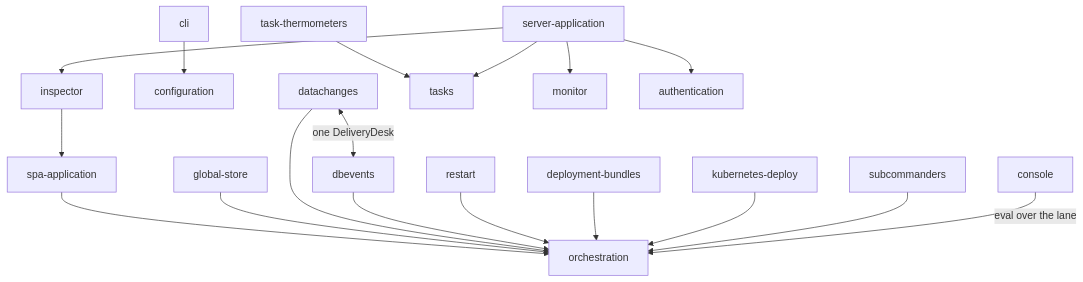
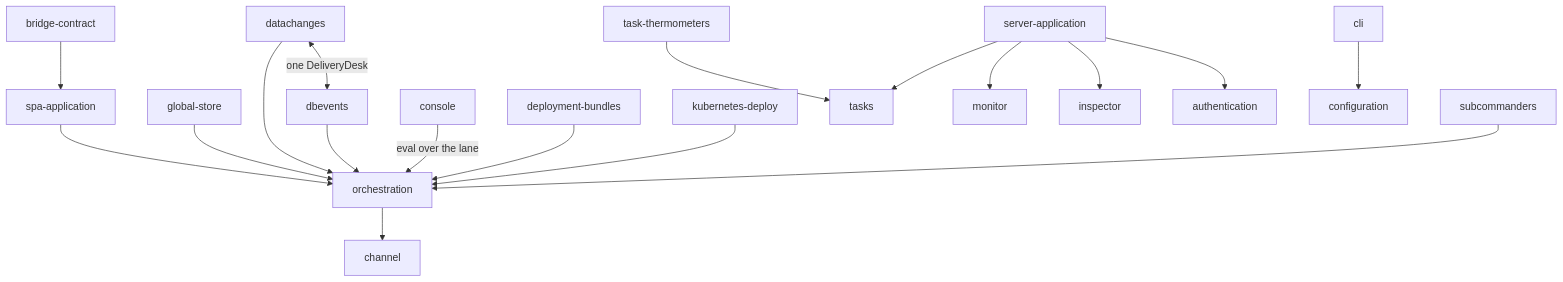
Before and after one commit to genropy/genro-asgi: the second of 2 diagrams in internals/00_overview/README.md, drawn with Mermaid. The commit also changed other lines of this file and 126 other files, not shown here.

````diff
--- a/internals/00_overview/README.md
+++ b/internals/00_overview/README.md
@@ -131,17 +129,17 @@
 ```mermaid
 flowchart TD
     SPA[spa-application] --> ORC[orchestration]
     GS[global-store] --> ORC
     DC[datachanges] --> ORC
     DB[dbevents] --> ORC
-    RS[restart] --> ORC
-    DEP[deployment-bundles] --> ORC
+    BRC[bridge-contract] --> SPA
+    DC <-->|one DeliveryDesk| DB
+    CON[console] -->|eval over the lane| ORC
+    ORC --> CH[channel]
+    BUN[deployment-bundles] --> ORC
     K8S[kubernetes-deploy] --> ORC
     SUB[subcommanders] --> ORC
+    TH[task-thermometers] --> TSK[tasks]
+    SRVA[server-application] --> MON[monitor] & INS[inspector] & TSK & AUTH[authentication]
     CLI[cli] --> CFG[configuration]
-    DC <-->|one DeliveryDesk| DB
-    CON[console] -->|eval over the lane| ORC
-    INS[inspector] --> SPA
-    TH[task-thermometers] --> TSK[tasks]
-    SRV[server-application] --> MON[monitor] & INS & TSK & AUTH[authentication]
 ```
````
